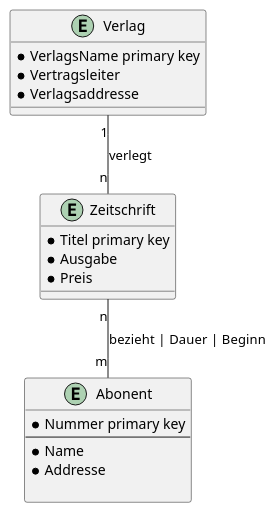
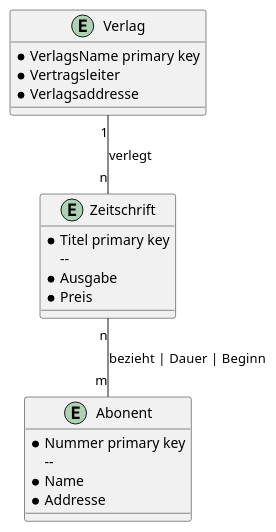
One commit to Martin1088/Plantuml-With-Screenreader changed the diagram in sql_Grimme/Verlag.md. Above: the diagram before and after it, drawn with PlantUML. The commit also changed other lines of this file, not shown here.

Commit message:
Verlag tet

````diff
--- a/sql_Grimme/Verlag.md
+++ b/sql_Grimme/Verlag.md
@@ -4,23 +4,26 @@
+```plantuml
 @startuml Verlag  
 entity Verlag{  
-    * VerlagsName primary key  
+    *VerlagsName primary key
     * Vertragsleiter  
     * Verlagsaddresse  
 }  
 
-entity Zeitschrift {
-    * Titel primary key
-    * Ausgabe
-    * Preis
-}
-entity Abonent {
-    * Nummer primary key 
-    --
-    * Name
-    * Addresse 
+entity Zeitschrift {  
+    * Titel primary key  
+    --  
+    * Ausgabe 
+    * Preis  
+}  
+entity Abonent {  
+    * Nummer primary key  
+    --  
+    * Name  
+    * Addresse  
 
-}
+}  
 
-Verlag "1" -- "n" Zeitschrift : verlegt
-Zeitschrift "n" -- "m" Abonent: bezieht | Dauer  | Beginn 
+Verlag "1" -- "n" Zeitschrift : verlegt  
+Zeitschrift "n" -- "m" Abonent: bezieht | Dauer  | Beginn  
 @enduml
+```
````
